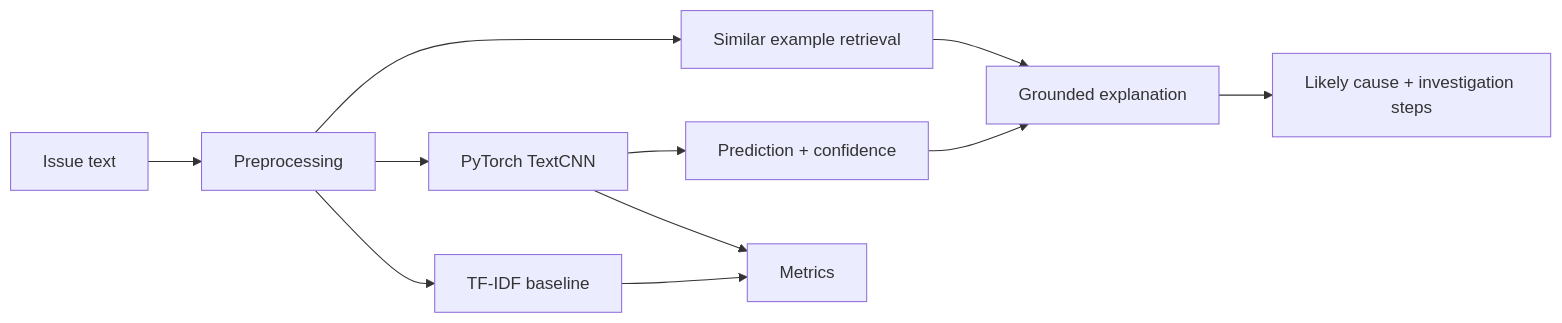
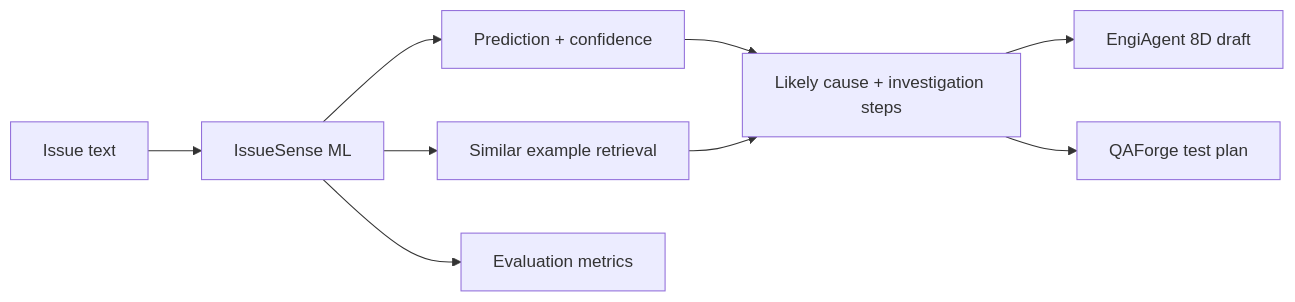
Before and after one commit to NhanNguyenIT123/Engineering-Intelligence-Suite: the diagram in README.md, drawn with Mermaid. The commit also changed other lines of this file and 7 other files, not shown here.

````diff
--- a/README.md
+++ b/README.md
@@ -42,13 +38,11 @@
 ```mermaid
 flowchart LR
-  A["Issue text"] --> B["Preprocessing"]
-  B --> C["TF-IDF baseline"]
-  B --> D["PyTorch TextCNN"]
-  D --> E["Prediction + confidence"]
-  B --> F["Similar example retrieval"]
-  E --> G["Grounded explanation"]
-  F --> G
-  G --> H["Likely cause + investigation steps"]
-  C --> I["Metrics"]
-  D --> I
+  A["Issue text"] --> B["IssueSense ML"]
+  B --> C["Prediction + confidence"]
+  B --> D["Similar example retrieval"]
+  C --> E["Likely cause + investigation steps"]
+  D --> E
+  E --> F["EngiAgent 8D draft"]
+  E --> G["QAForge test plan"]
+  B --> H["Evaluation metrics"]
 ```
````
